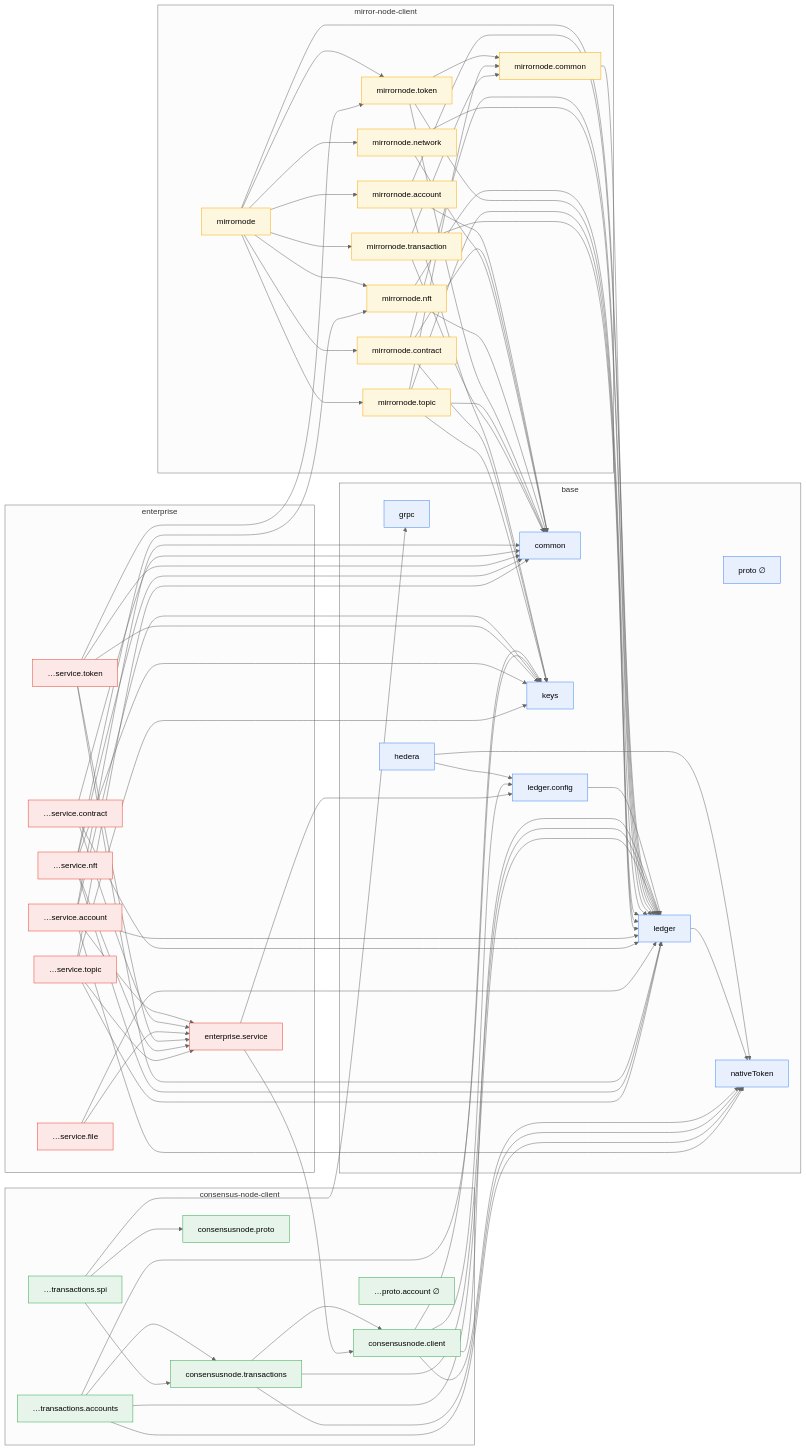
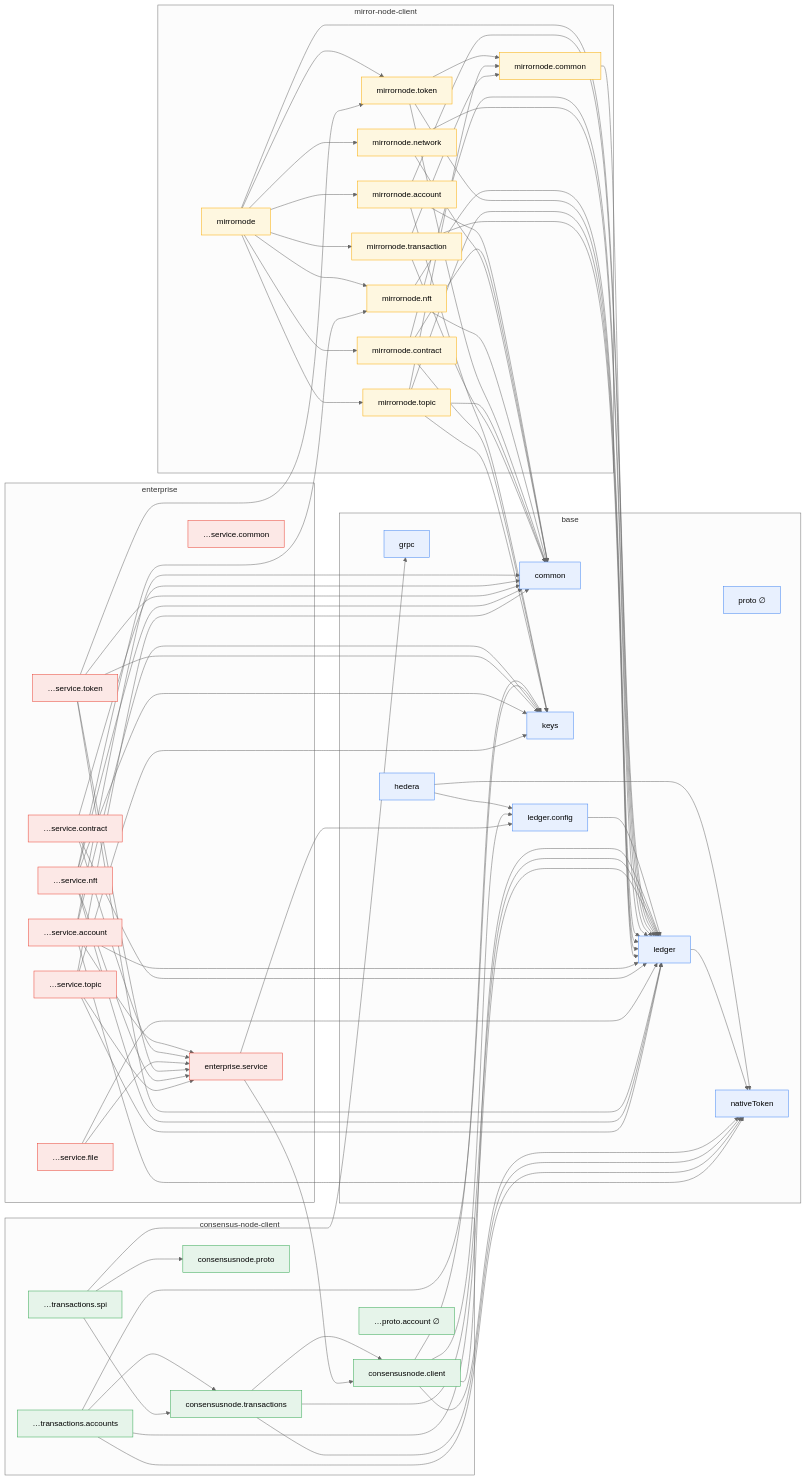
The second of 2 diagrams in spec/dependencies.md (hendrikebbers/hiero-sdk-v3-prototyping), drawn with Mermaid (neutral theme) before and after one commit. The commit also changed other lines of this file, not shown here.

Commit message:
Update enterprise service dependencies to include common namespace

````diff
--- a/spec/dependencies.md
+++ b/spec/dependencies.md
@@ -68,6 +68,7 @@
 
     subgraph enterprise["enterprise"]
         ent_service["enterprise.service"]
+        ent_common["…service.common"]
         ent_account["…service.account"]
         ent_contract["…service.contract"]
         ent_file["…service.file"]
@@ -165,5 +166,5 @@
     class common,grpc,proto,nativeToken,keys,ledger,ledger_config,hedera base;
     class cn_client,cn_tx,cn_tx_accounts,cn_tx_spi,cn_proto,cn_proto_account consensus;
     class mn,mn_account,mn_common,mn_contract,mn_network,mn_nft,mn_token,mn_topic,mn_transaction mirror;
-    class ent_service,ent_account,ent_contract,ent_file,ent_token,ent_nft,ent_topic enterprise;
+    class ent_service,ent_common,ent_account,ent_contract,ent_file,ent_token,ent_nft,ent_topic enterprise;
 ```
````
